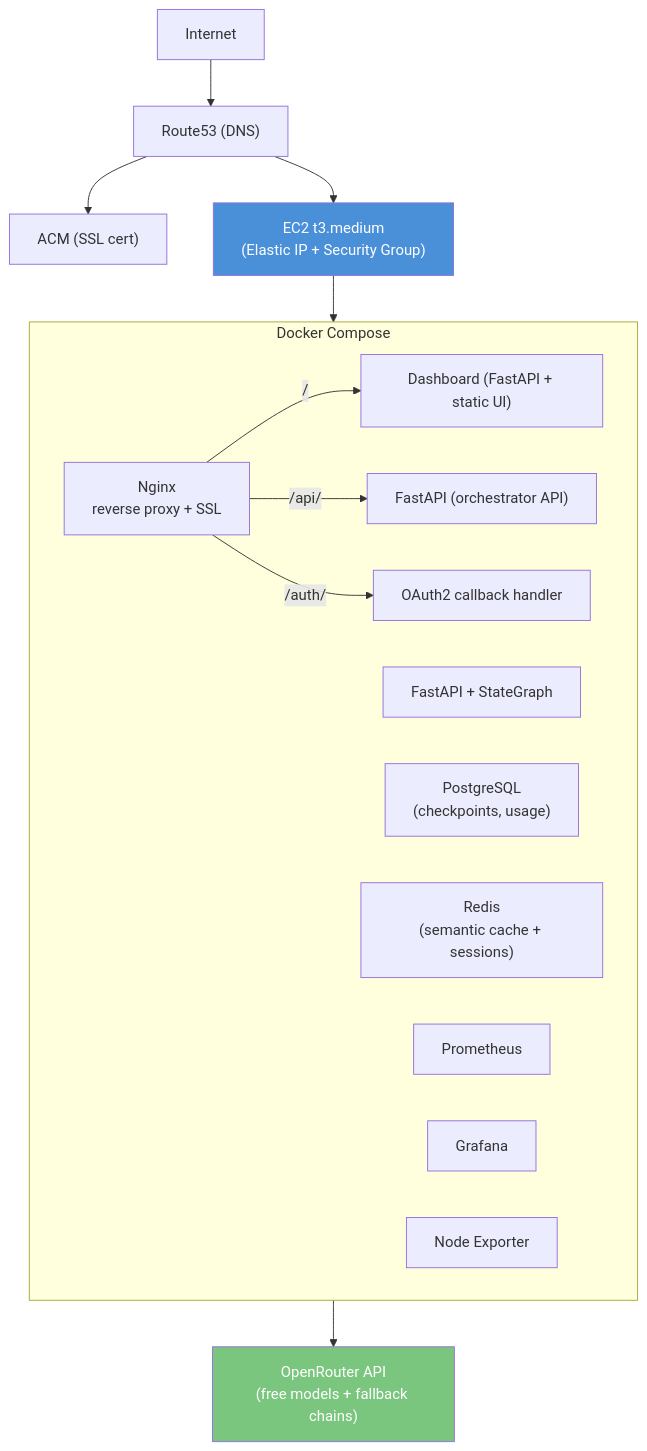
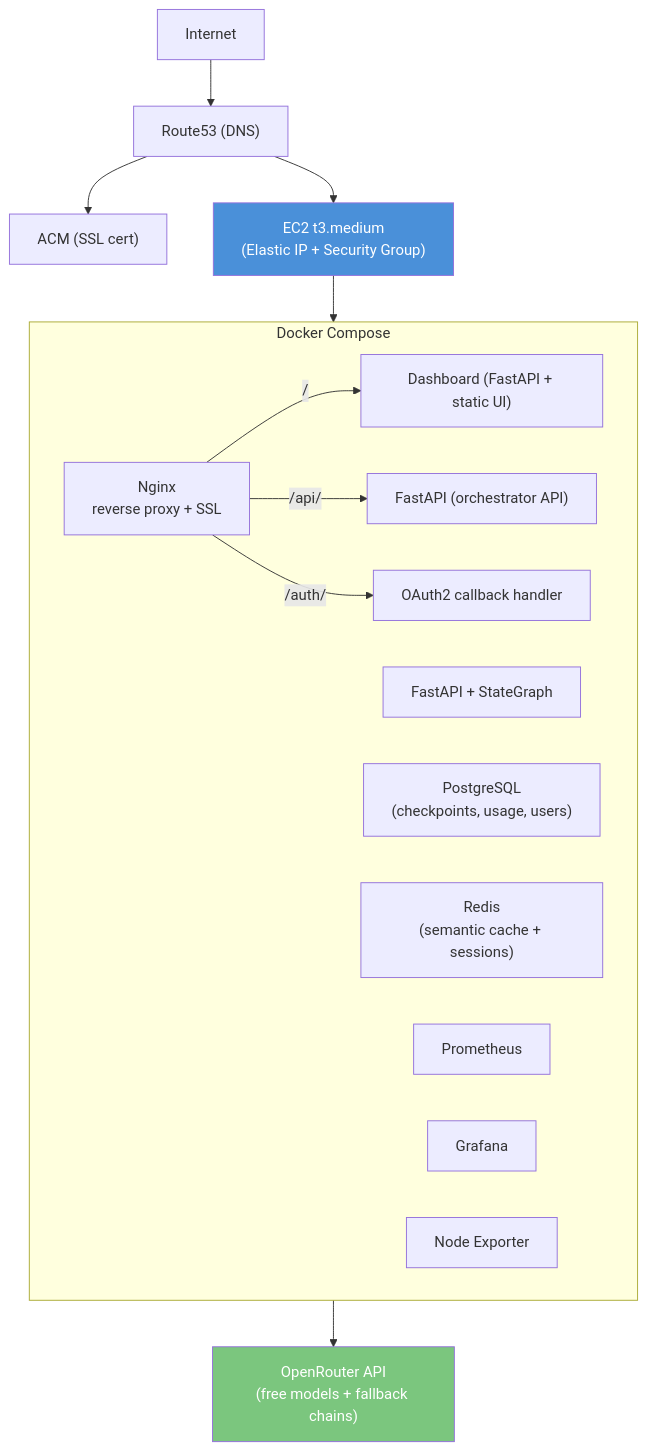
One commit to pjcau/agent-orchestrator changed the first of 2 diagrams in docs/website/docs/roadmap/phase0-aws.md. Above: the diagram before and after it, drawn with Mermaid. The commit also changed other lines of this file and 13 other files, not shown here.

First line of the commit message:
Add GitHub OAuth2 auth, admin user management, and PostgreSQL user store

````diff
--- a/docs/website/docs/roadmap/phase0-aws.md
+++ b/docs/website/docs/roadmap/phase0-aws.md
@@ -17,25 +17,25 @@
 ```mermaid
 graph TD
     INT["Internet"] --> R53["Route53 (DNS)"]
     R53 --> ACM["ACM (SSL cert)"]
     R53 --> EC2["EC2 t3.medium<br/>(Elastic IP + Security Group)"]
 
     subgraph DC["Docker Compose"]
         NGX["Nginx<br/>reverse proxy + SSL"]
         NGX -->|"/"| DASH["Dashboard (FastAPI + static UI)"]
         NGX -->|"/api/"| API["FastAPI (orchestrator API)"]
         NGX -->|"/auth/"| AUTH["OAuth2 callback handler"]
         FAST["FastAPI + StateGraph"]
-        PG["PostgreSQL<br/>(checkpoints, usage)"]
+        PG["PostgreSQL<br/>(checkpoints, usage, users)"]
         REDIS["Redis<br/>(semantic cache + sessions)"]
         PROM["Prometheus"]
         GRAF["Grafana"]
         NODE["Node Exporter"]
     end
 
     EC2 --> DC
     DC --> OR["OpenRouter API<br/>(free models + fallback chains)"]
 
     style EC2 fill:#4a90d9,color:#fff
     style OR fill:#7bc67e,color:#fff
 ```
````
